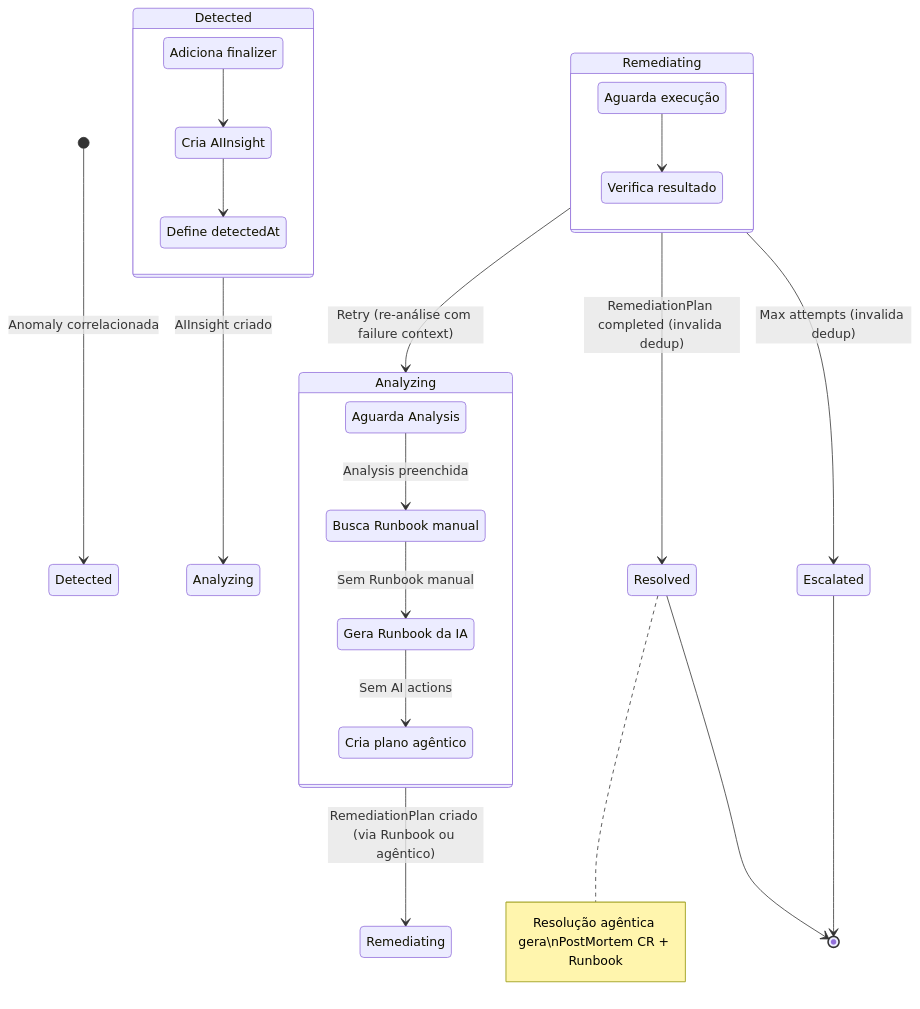
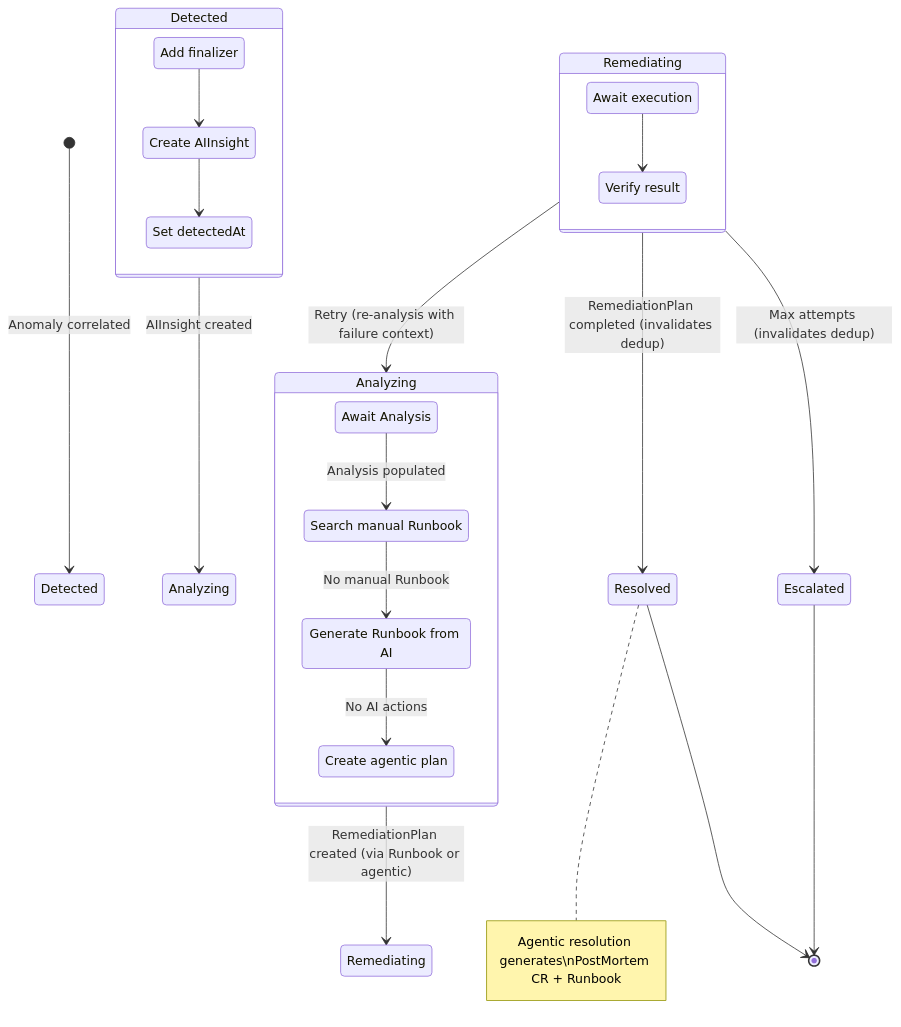
The second of 3 diagrams in features/aiops-platform.mdx (diillson/chatcli.ai), drawn with Mermaid before and after one commit. The commit also changed other lines of this file and 500 other files, not shown here.

````diff
--- a/features/aiops-platform.mdx
+++ b/features/aiops-platform.mdx
@@ -249,41 +239,41 @@
 ```mermaid
 stateDiagram-v2
-    [*] --> Detected : Anomaly correlacionada
+    [*] --> Detected : Anomaly correlated
 
     state "Detected" as D {
-        state "Adiciona finalizer" as D1
-        state "Cria AIInsight" as D2
-        state "Define detectedAt" as D3
+        state "Add finalizer" as D1
+        state "Create AIInsight" as D2
+        state "Set detectedAt" as D3
         D1 --> D2
         D2 --> D3
     }
 
-    D --> Analyzing : AIInsight criado
+    D --> Analyzing : AIInsight created
 
     state "Analyzing" as A {
-        state "Aguarda Analysis" as A1
-        state "Busca Runbook manual" as A2
-        state "Gera Runbook da IA" as A3
-        state "Cria plano agêntico" as A4
-        A1 --> A2 : Analysis preenchida
-        A2 --> A3 : Sem Runbook manual
-        A3 --> A4 : Sem AI actions
+        state "Await Analysis" as A1
+        state "Search manual Runbook" as A2
+        state "Generate Runbook from AI" as A3
+        state "Create agentic plan" as A4
+        A1 --> A2 : Analysis populated
+        A2 --> A3 : No manual Runbook
+        A3 --> A4 : No AI actions
     }
 
-    A --> Remediating : RemediationPlan criado (via Runbook ou agêntico)
+    A --> Remediating : RemediationPlan created (via Runbook or agentic)
 
     state "Remediating" as R {
-        state "Aguarda execução" as R1
-        state "Verifica resultado" as R2
+        state "Await execution" as R1
+        state "Verify result" as R2
         R1 --> R2
     }
 
-    R --> Resolved : RemediationPlan completed (invalida dedup)
-    R --> A : Retry (re-análise com failure context)
-    R --> Escalated : Max attempts (invalida dedup)
+    R --> Resolved : RemediationPlan completed (invalidates dedup)
+    R --> A : Retry (re-analysis with failure context)
+    R --> Escalated : Max attempts (invalidates dedup)
 
-    note right of Resolved : Resolução agêntica gera\nPostMortem CR + Runbook
+    note right of Resolved : Agentic resolution generates\nPostMortem CR + Runbook
 
     Resolved --> [*]
     Escalated --> [*]
 ```
````
